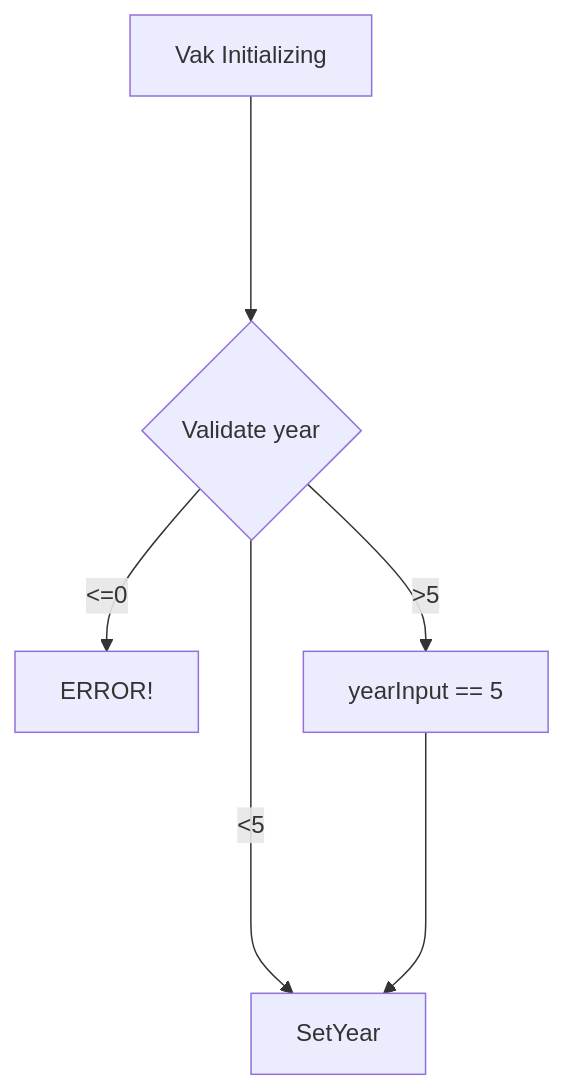
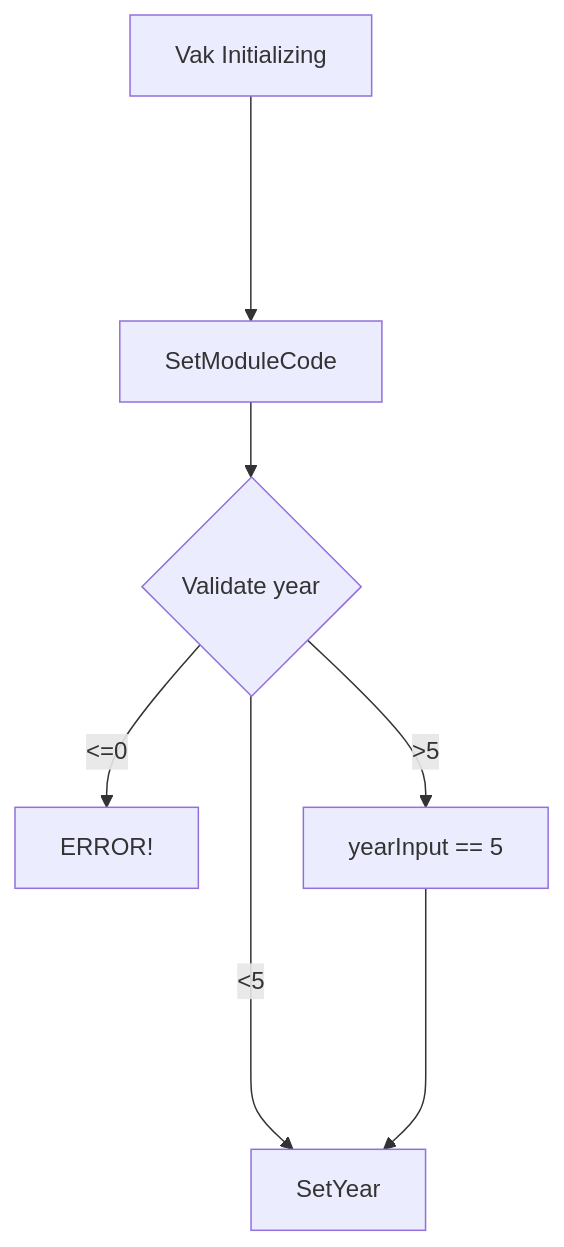
The diagram in SchoolSystem/README.md (RockFreakRickerd/SameCodeDifferentLanguagues), drawn with Mermaid before and after one commit. The commit also changed other lines of this file, not shown here.

````diff
--- a/SchoolSystem/README.md
+++ b/SchoolSystem/README.md
@@ -9,8 +9,8 @@
 ```mermaid
 flowchart TD
-  A[Vak Initializing] ----> B{Validate year};
-  B -- <=0 --> D[ERROR!];
-  B -- >5 --> C[yearInput == 5];
-  B -- <5 --> E[SetYear]
-  C ----> E[SetYear]
+  A[Vak Initializing] ----> B[SetModuleCode] --> C{Validate year};
+  C -- <=0 --> D[ERROR!];
+  C -- >5 --> E[yearInput == 5];
+  C -- <5 --> F[SetYear]
+  E ----> F[SetYear]
 ```
````
